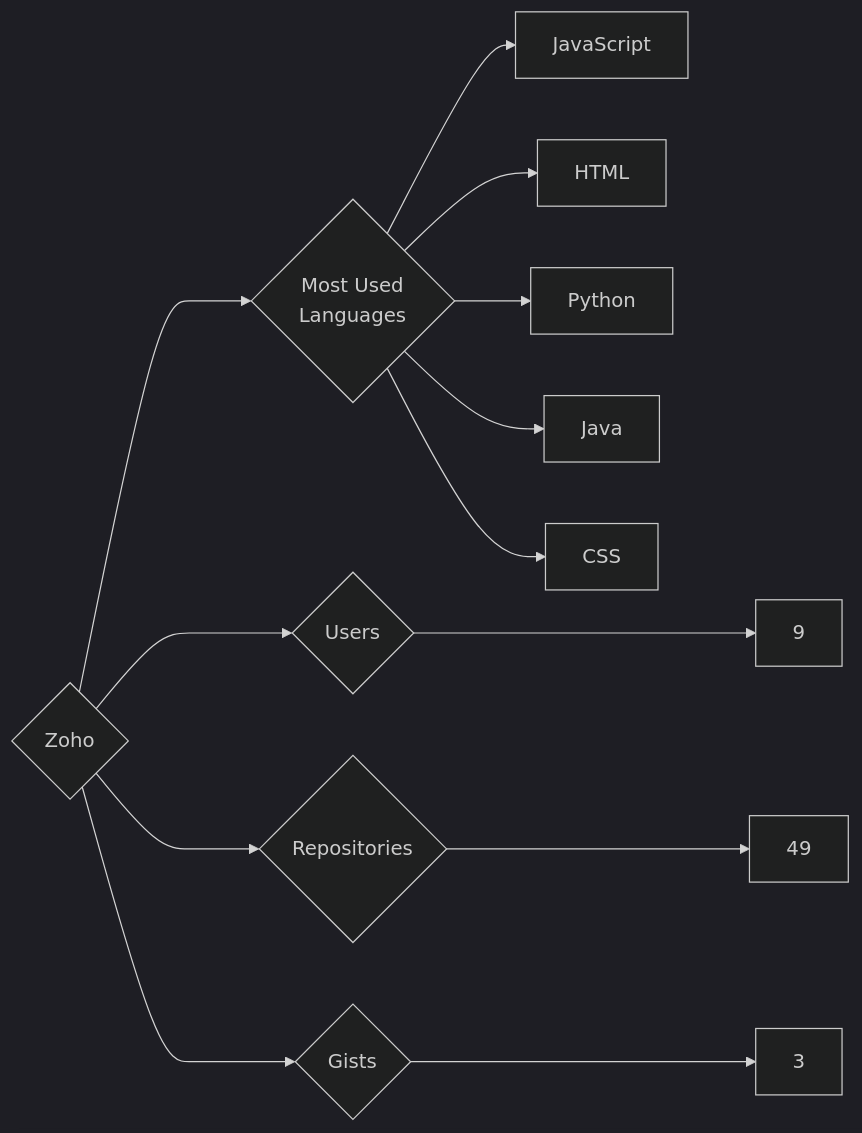
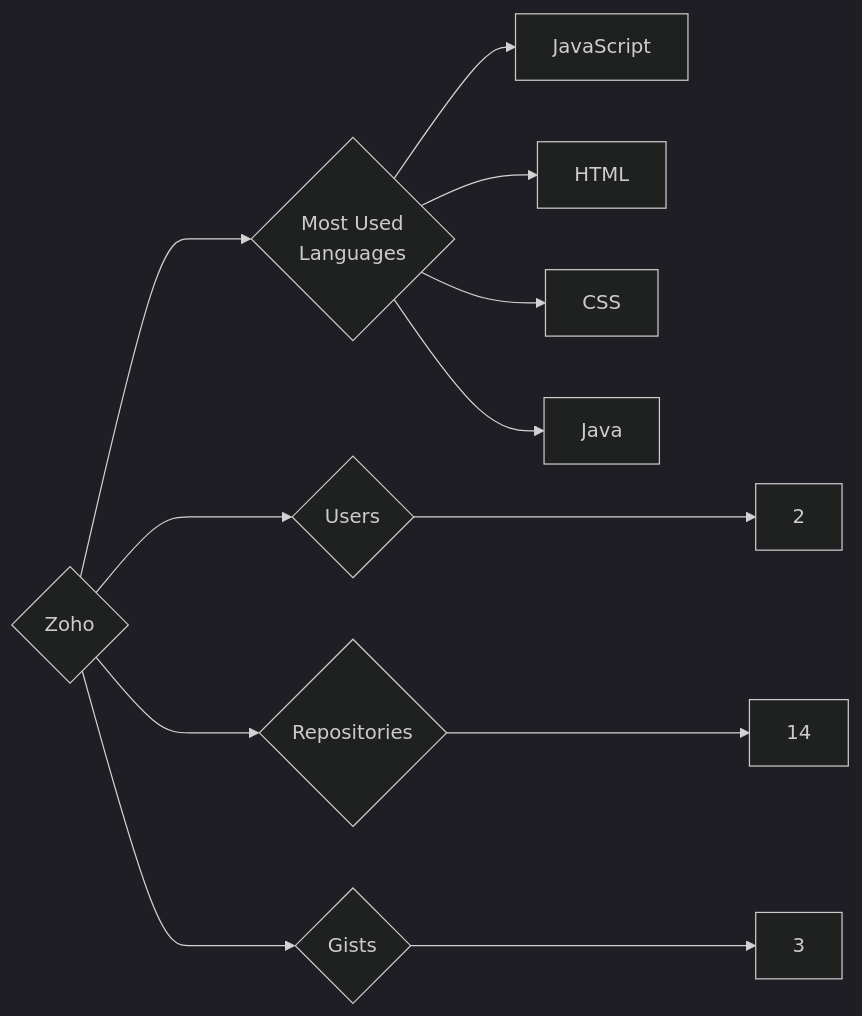
Before and after one commit to trickest/insiders: the diagram in targets/Zoho/README.md, drawn with Mermaid (dark theme). The commit also changed 912 other files, not shown here.

````diff
--- a/targets/Zoho/README.md
+++ b/targets/Zoho/README.md
@@ -3,13 +3,12 @@
 ```mermaid
 graph LR
 COMPANY_NAME{Zoho}
-COMPANY_NAME ---> U{Users} ---> UN[9]
-COMPANY_NAME ---> R{Repositories} ---> RN[49]
+COMPANY_NAME ---> U{Users} ---> UN[2]
+COMPANY_NAME ---> R{Repositories} ---> RN[14]
 COMPANY_NAME ---> G{Gists} ---> GN[3]
 COMPANY_NAME ---> ML{Most Used<br>Languages}
 ML --> JavaScript[JavaScript]
 ML --> HTML[HTML]
-ML --> Python[Python]
+ML --> CSS[CSS]
 ML --> Java[Java]
-ML --> CSS[CSS]
 ```
````
